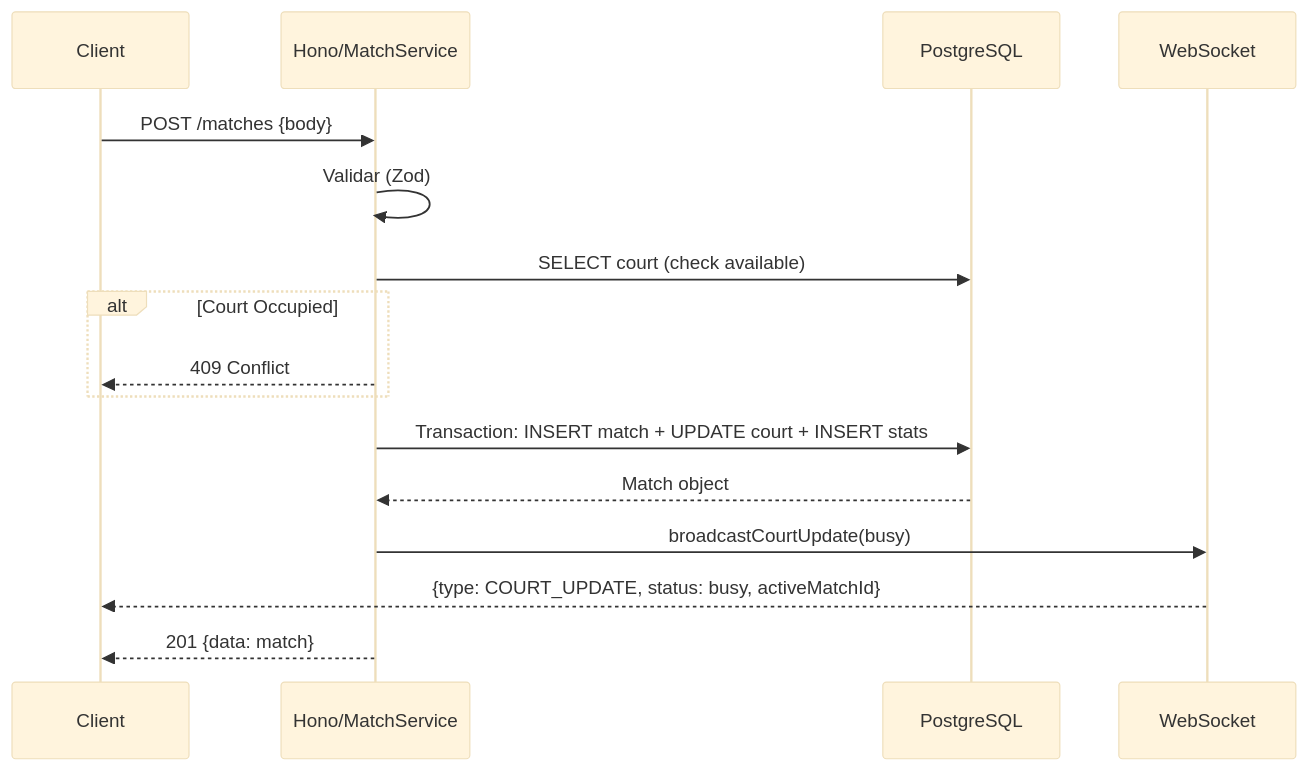
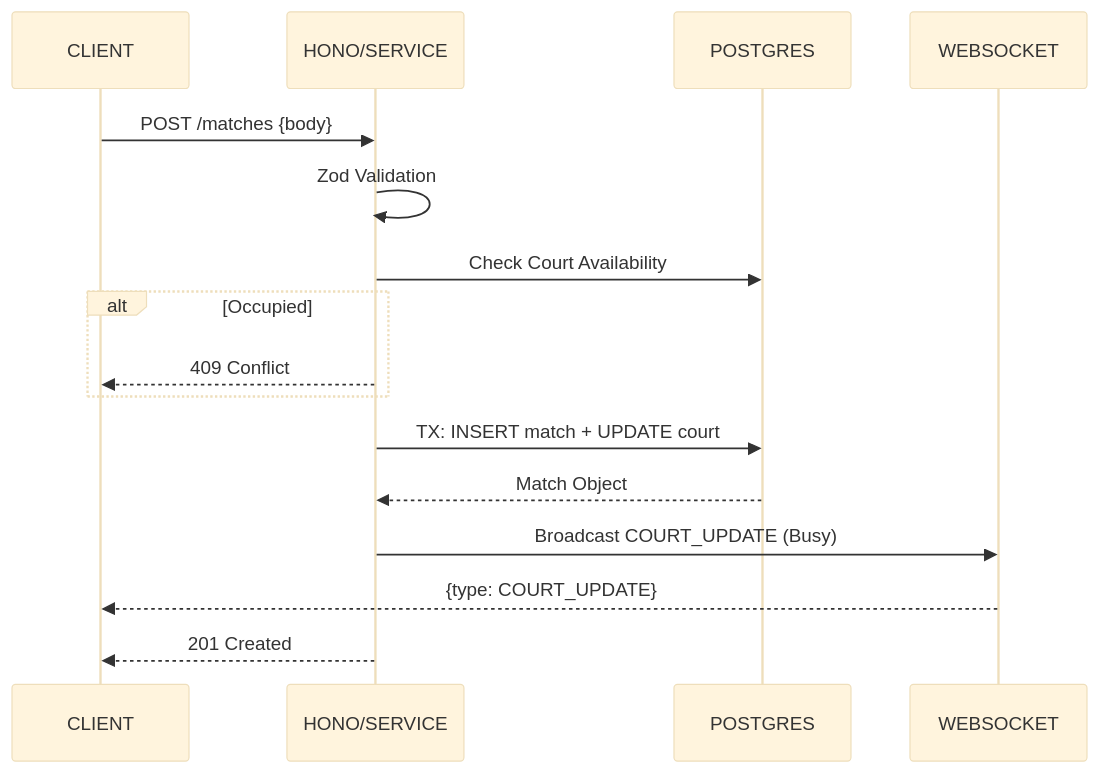
One commit to samuhlo-training/padel-counters changed the third of 7 diagrams in docs/CURRENT_STATE_DOCS.md. Above: the diagram before and after it, drawn with Mermaid (base theme). The commit also changed other lines of this file and 21 other files, not shown here.

Commit message:
feat: Implement a match simulator, enhance match management with filtering and status, refine padel scoring logic, and update project documentation and identity.

````diff
--- a/docs/CURRENT_STATE_DOCS.md
+++ b/docs/CURRENT_STATE_DOCS.md
@@ -139,19 +128,19 @@
 ```mermaid
 sequenceDiagram
-    participant C as Client
-    participant H as Hono/MatchService
-    participant DB as PostgreSQL
-    participant WS as WebSocket
+    participant C as CLIENT
+    participant H as HONO/SERVICE
+    participant DB as POSTGRES
+    participant WS as WEBSOCKET
 
     C->>H: POST /matches {body}
-    H->>H: Validar (Zod)
-    H->>DB: SELECT court (check available)
-    alt Court Occupied
+    H->>H: Zod Validation
+    H->>DB: Check Court Availability
+    alt Occupied
         H-->>C: 409 Conflict
     end
-    H->>DB: Transaction: INSERT match + UPDATE court + INSERT stats
-    DB-->>H: Match object
-    H->>WS: broadcastCourtUpdate(busy)
-    WS-->>C: {type: COURT_UPDATE, status: busy, activeMatchId}
-    H-->>C: 201 {data: match}
+    H->>DB: TX: INSERT match + UPDATE court
+    DB-->>H: Match Object
+    H->>WS: Broadcast COURT_UPDATE (Busy)
+    WS-->>C: {type: COURT_UPDATE}
+    H-->>C: 201 Created
 ```
````
